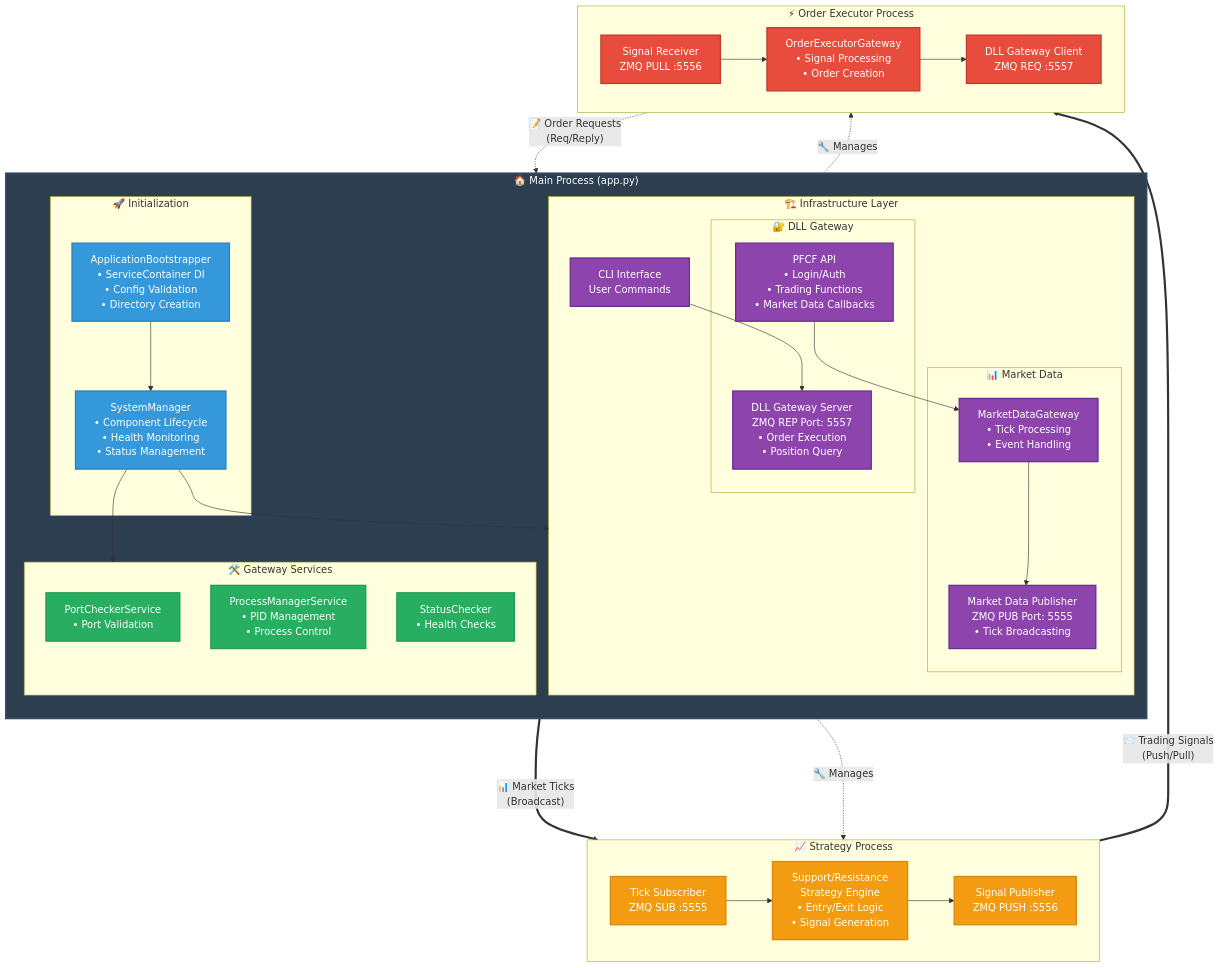
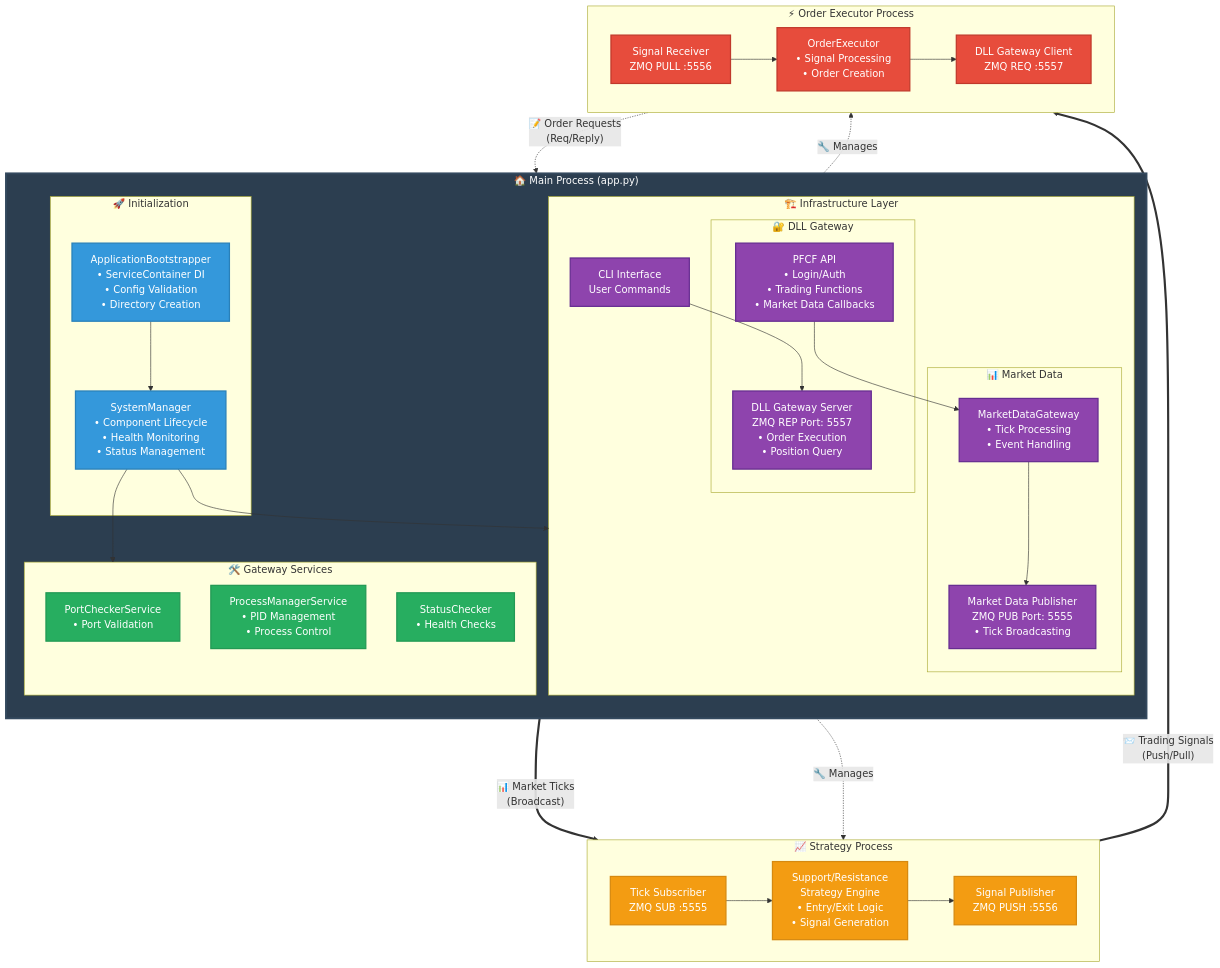
One commit to ttpss930141011/auto-futures-trading-machine changed the first of 2 diagrams in README.md. Above: the diagram before and after it, drawn with Mermaid. The commit also changed 50 other files, not shown here.

````diff
--- a/README.md
+++ b/README.md
@@ -143,11 +143,11 @@
     subgraph OrderExecutor["⚡ Order Executor Process"]
         direction LR
         SR[Signal Receiver<br/>ZMQ PULL :5556]
-        OEG[OrderExecutorGateway<br/>• Signal Processing<br/>• Order Creation]
+        OE[OrderExecutor<br/>• Signal Processing<br/>• Order Creation]
         DGC[DLL Gateway Client<br/>ZMQ REQ :5557]
         
-        SR --> OEG
-        OEG --> DGC
+        SR --> OE
+        OE --> DGC
     end
     
     %% Data Flow Connections
@@ -173,5 +173,5 @@
     class CLI,DGS,PFCFAPI,MDP,MDG infrastructure
     class PC,PM,SC services
     class TS,SRS,SP strategy
-    class SR,OEG,DGC executor
+    class SR,OE,DGC executor
 ```
````
